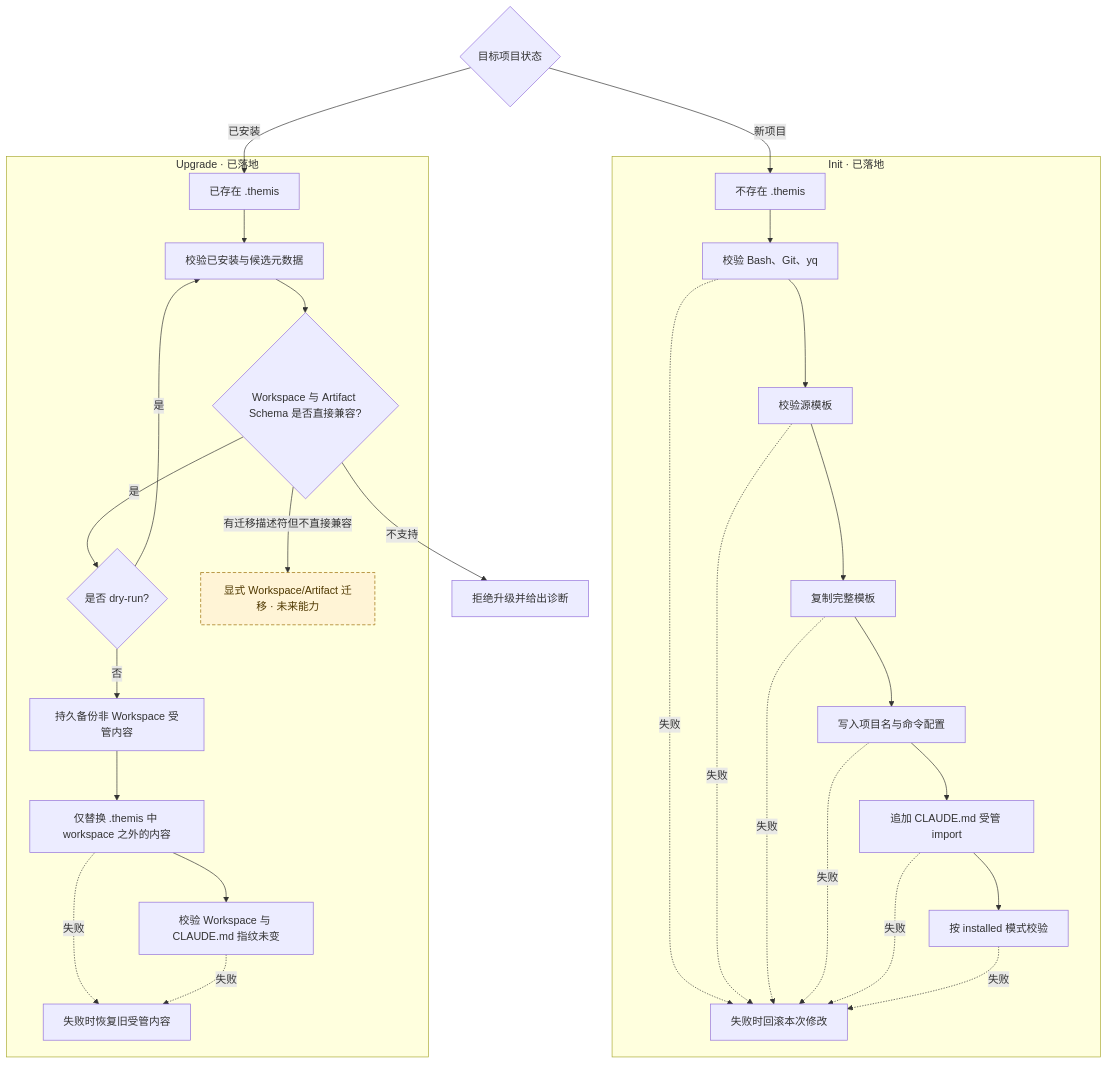
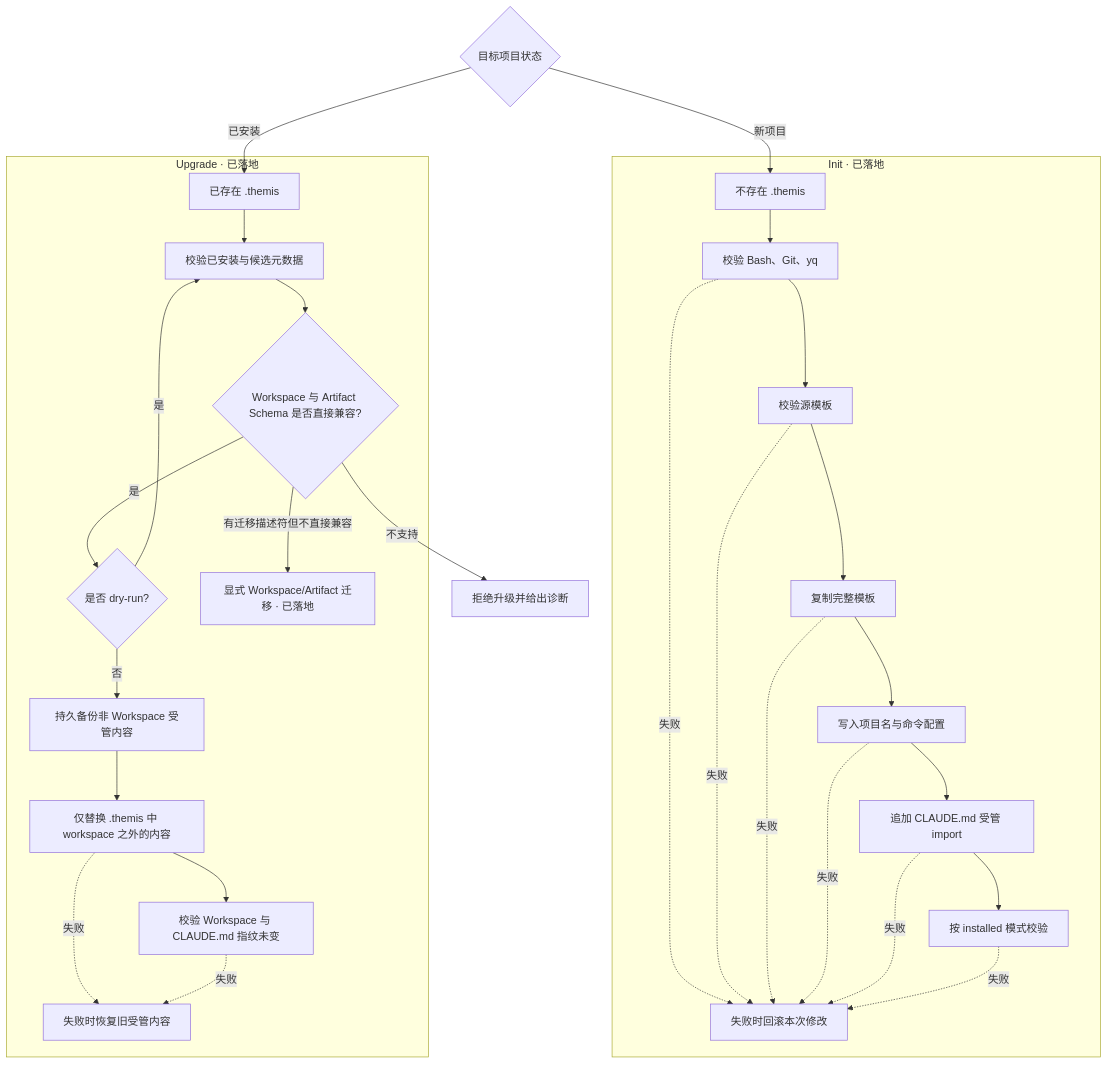
One commit to zhanyan-Ader1y/Themis changed the seventh of 7 diagrams in docs/workflow.md. Above: the diagram before and after it, drawn with Mermaid. The commit also changed other lines of this file and 45 other files, not shown here.

````diff
--- a/docs/workflow.md
+++ b/docs/workflow.md
@@ -501,47 +501,45 @@
 ```mermaid
 flowchart TD
     ENTRY{目标项目状态}
 
     subgraph INIT[Init · 已落地]
         NEW[不存在 .themis]
         ENV[校验 Bash、Git、yq]
         SOURCE[校验源模板]
         COPY[复制完整模板]
         CONFIG[写入项目名与命令配置]
         IMPORT[追加 CLAUDE.md 受管 import]
         VALIDATE[按 installed 模式校验]
         ROLLBACK[失败时回滚本次修改]
     end
 
     subgraph UPGRADE[Upgrade · 已落地]
         EXIST[已存在 .themis]
         PREFLIGHT[校验已安装与候选元数据]
         COMPAT{Workspace 与 Artifact Schema 是否直接兼容?}
         DRY{是否 dry-run?}
         BACKUP[持久备份非 Workspace 受管内容]
         REPLACE[仅替换 .themis 中 workspace 之外的内容]
         CHECK[校验 Workspace 与 CLAUDE.md 指纹未变]
         RESTORE[失败时恢复旧受管内容]
-        MIGRATE[显式 Workspace/Artifact 迁移 · 未来能力]
+        MIGRATE[显式 Workspace/Artifact 迁移 · 已落地]
     end
 
     ENTRY -- 新项目 --> NEW --> ENV --> SOURCE --> COPY --> CONFIG --> IMPORT --> VALIDATE
     ENV -. 失败 .-> ROLLBACK
     SOURCE -. 失败 .-> ROLLBACK
     COPY -. 失败 .-> ROLLBACK
     CONFIG -. 失败 .-> ROLLBACK
     IMPORT -. 失败 .-> ROLLBACK
     VALIDATE -. 失败 .-> ROLLBACK
 
     ENTRY -- 已安装 --> EXIST --> PREFLIGHT --> COMPAT
     COMPAT -- 是 --> DRY
     DRY -- 是 --> PREFLIGHT
     DRY -- 否 --> BACKUP --> REPLACE --> CHECK
     REPLACE -. 失败 .-> RESTORE
     CHECK -. 失败 .-> RESTORE
     COMPAT -- 有迁移描述符但不直接兼容 --> MIGRATE
     COMPAT -- 不支持 --> STOP[拒绝升级并给出诊断]
 
-    classDef planned fill:#fff4d6,stroke:#9a6b00,color:#4f3800,stroke-dasharray:5 3;
-    class MIGRATE planned;
 ```
````
